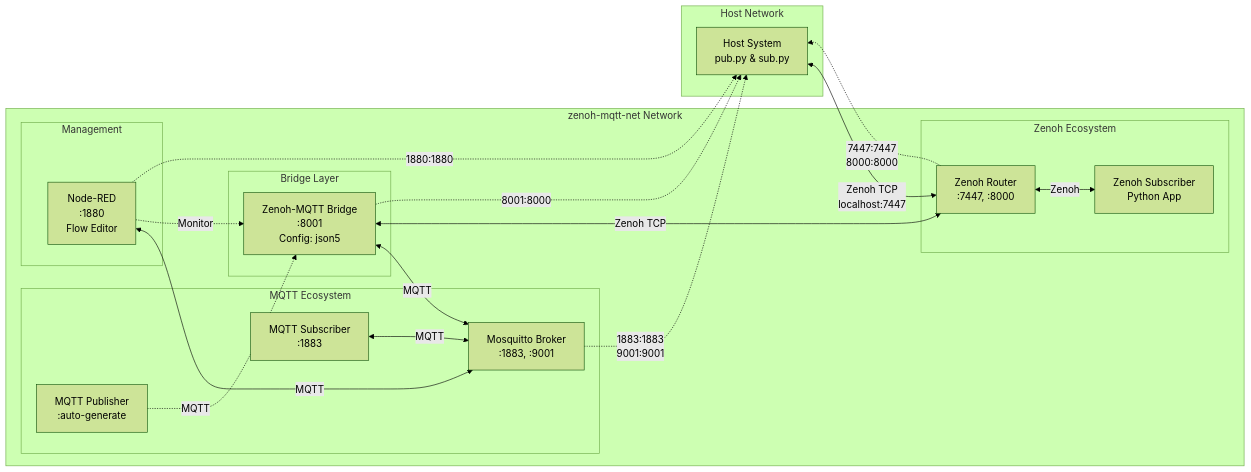
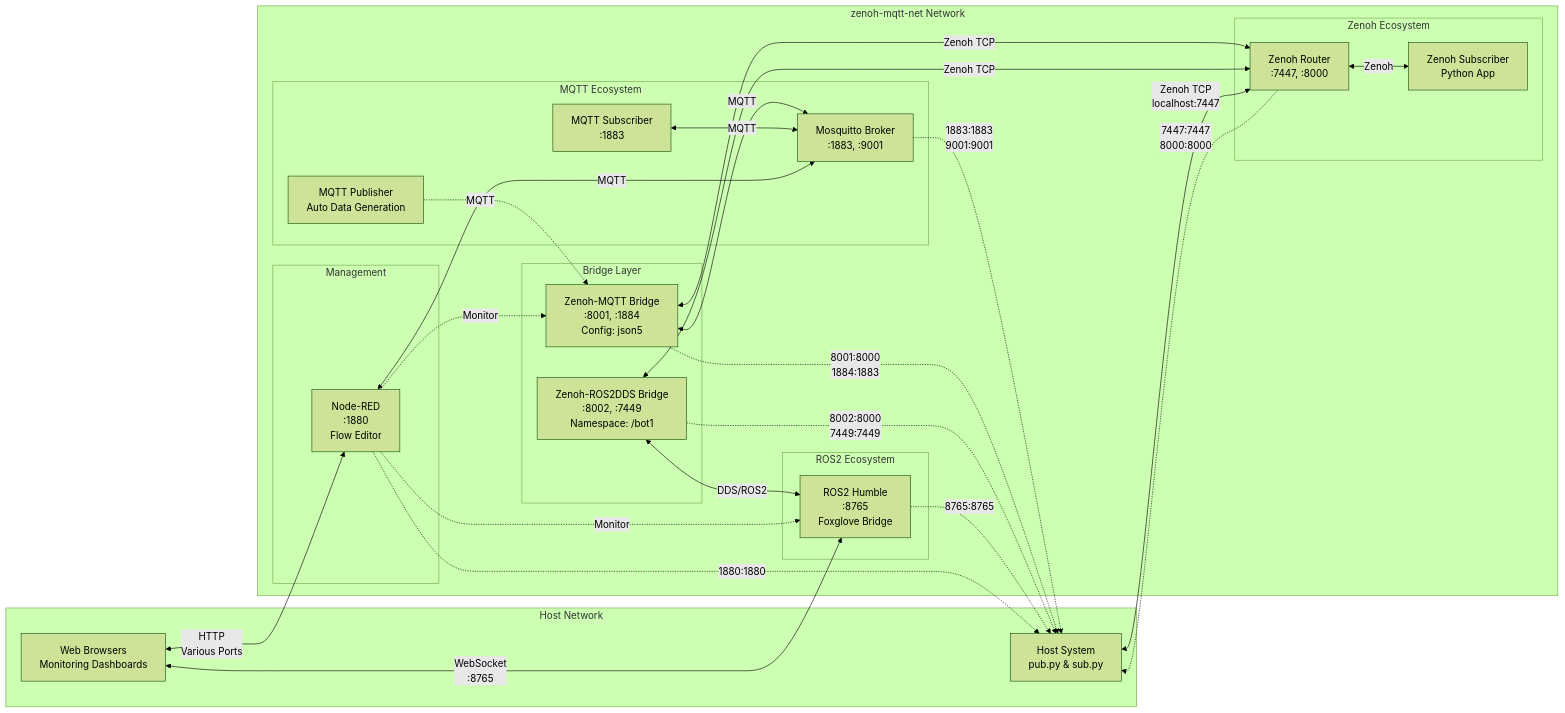
The third of 3 diagrams in README.md (harunkurtdev/zenoh-multi-bridge), drawn with Mermaid (forest theme) before and after one commit. The commit also changed other lines of this file and 1 other file, not shown here.

````diff
--- a/README.md
+++ b/README.md
@@ -148,44 +187,57 @@
 ```mermaid
 graph LR
     subgraph "zenoh-mqtt-net Network"
         subgraph "MQTT Ecosystem"
-            MP[MQTT Publisher<br/>:auto-generate]
+            MP[MQTT Publisher<br/>Auto Data Generation]
             MS[MQTT Subscriber<br/>:1883]
             MQ[Mosquitto Broker<br/>:1883, :9001]
         end
         
         subgraph "Bridge Layer"
-            BR[Zenoh-MQTT Bridge<br/>:8001<br/>Config: json5]
+            MBR[Zenoh-MQTT Bridge<br/>:8001, :1884<br/>Config: json5]
+            RBR[Zenoh-ROS2DDS Bridge<br/>:8002, :7449<br/>Namespace: /bot1]
         end
         
         subgraph "Zenoh Ecosystem"
             ZR[Zenoh Router<br/>:7447, :8000]
             ZS[Zenoh Subscriber<br/>Python App]
+        end
+        
+        subgraph "ROS2 Ecosystem"
+            ROS[ROS2 Humble<br/>:8765<br/>Foxglove Bridge]
         end
         
         subgraph "Management"
             NR[Node-RED<br/>:1880<br/>Flow Editor]
         end
     end
     
     subgraph "Host Network"
         HOST[Host System<br/>pub.py & sub.py]
+        WEB[Web Browsers<br/>Monitoring Dashboards]
     end
     
     %% Network connections
-    MP -.->|MQTT| BR
-    BR <-->|MQTT| MQ
-    BR <-->|Zenoh TCP| ZR
+    MP -.->|MQTT| MBR
+    MBR <-->|MQTT| MQ
+    MBR <-->|Zenoh TCP| ZR
+    RBR <-->|Zenoh TCP| ZR
+    RBR <-->|DDS/ROS2| ROS
     ZR <-->|Zenoh| ZS
     MS <-->|MQTT| MQ
     NR <-->|MQTT| MQ
-    NR -.->|Monitor| BR
+    NR -.->|Monitor| MBR
+    NR -.->|Monitor| ROS
     
     HOST <-->|Zenoh TCP<br/>localhost:7447| ZR
+    WEB <-->|HTTP<br/>Various Ports| NR
+    WEB <-->|WebSocket<br/>:8765| ROS
     
     %% Port mappings
     MQ -.->|1883:1883<br/>9001:9001| HOST
     ZR -.->|7447:7447<br/>8000:8000| HOST
-    BR -.->|8001:8000| HOST
+    MBR -.->|8001:8000<br/>1884:1883| HOST
+    RBR -.->|8002:8000<br/>7449:7449| HOST
+    ROS -.->|8765:8765| HOST
     NR -.->|1880:1880| HOST
 ```
````
